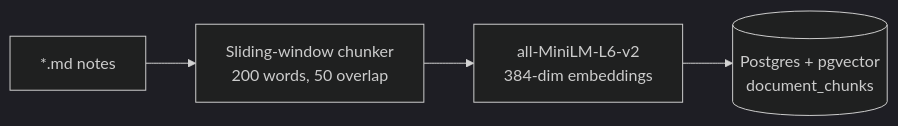
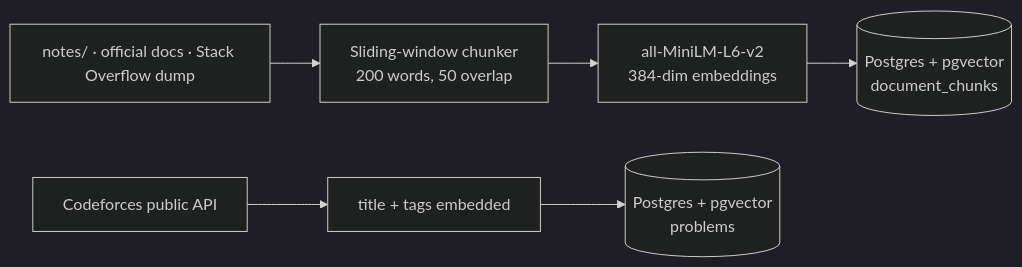
The second of 2 diagrams in README.md (Nitingupta0/Tutor), drawn with Mermaid (dark theme) before and after one commit. The commit also changed other lines of this file and 43 other files, not shown here.

````diff
--- a/README.md
+++ b/README.md
@@ -44,9 +48,11 @@
 ```mermaid
 flowchart LR
-    DOCS["*.md notes"] --> CHUNK["Sliding-window chunker
+    DOCS["notes/ · official docs · Stack Overflow dump"] --> CHUNK["Sliding-window chunker
     200 words, 50 overlap"]
     CHUNK --> EMBED["all-MiniLM-L6-v2
     384-dim embeddings"]
     EMBED --> STORE[("Postgres + pgvector
     document_chunks")]
+    CF["Codeforces public API"] --> PEMB["title + tags embedded"] --> PSTORE[("Postgres + pgvector
+    problems")]
 ```
````
